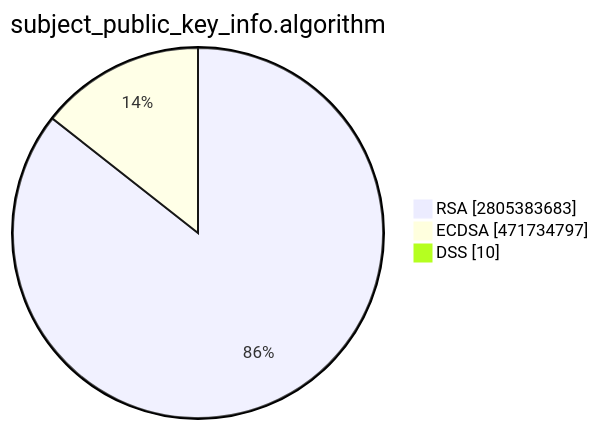
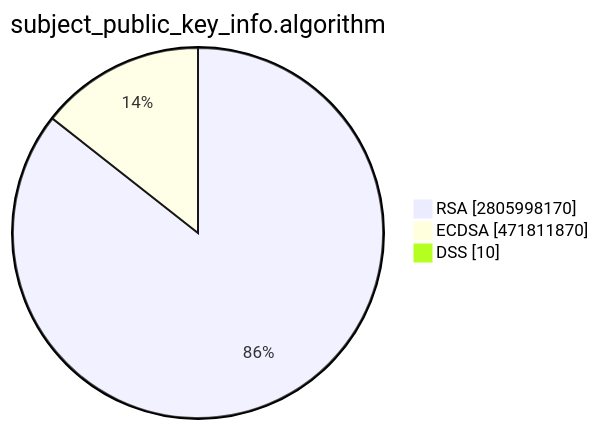
The second of 15 diagrams in TOTAL/README.md (christiankrug/ctmonitor_visualization), drawn with Mermaid before and after one commit. The commit also changed other lines of this file, not shown here.

````diff
--- a/TOTAL/README.md
+++ b/TOTAL/README.md
@@ -6,7 +6,7 @@
 ```mermaid
 pie showData
 title subject_public_key_info.algorithm
-"RSA" :2805383683
-"ECDSA" :471734797
+"RSA" :2805998170
+"ECDSA" :471811870
 "DSS" :10
 ```
````
